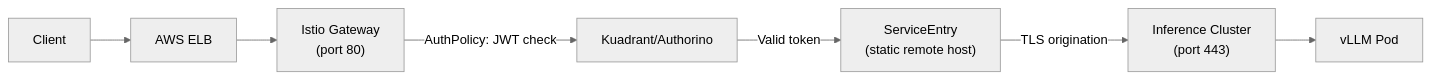
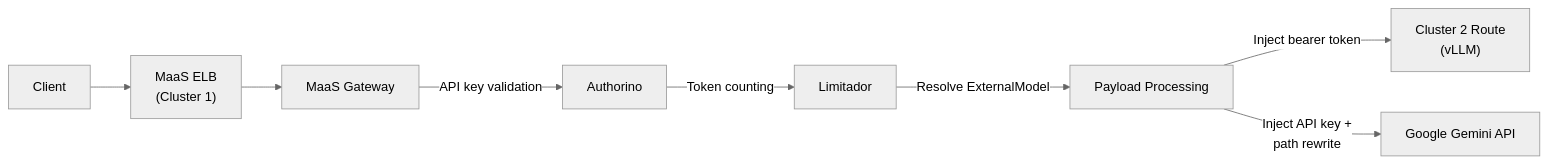
Before and after one commit to rrbanda/maas-demo: the second of 2 diagrams in docs/architecture.md, drawn with Mermaid (neutral theme). The commit also changed other lines of this file and 4 other files, not shown here.

First line of the commit message:
Align all docs with current architecture: governance on Cluster 1 (AI Bridge)

````diff
--- a/docs/architecture.md
+++ b/docs/architecture.md
@@ -180,9 +165,10 @@
 ```mermaid
 flowchart LR
-    C["Client"] --> ELB["AWS ELB"]
-    ELB --> GW["Istio Gateway<br/>(port 80)"]
-    GW -->|"AuthPolicy: JWT check"| Auth["Kuadrant/Authorino"]
-    Auth -->|"Valid token"| SE["ServiceEntry<br/>(static remote host)"]
-    SE -->|"TLS origination"| Route["Inference Cluster<br/>(port 443)"]
-    Route --> Model["vLLM Pod"]
+    C["Client"] --> ELB["MaaS ELB<br/>(Cluster 1)"]
+    ELB --> GW["MaaS Gateway"]
+    GW -->|"API key validation"| Auth["Authorino"]
+    Auth -->|"Token counting"| Lim["Limitador"]
+    Lim -->|"Resolve ExternalModel"| PP["Payload Processing"]
+    PP -->|"Inject bearer token"| Route["Cluster 2 Route<br/>(vLLM)"]
+    PP -->|"Inject API key +<br/>path rewrite"| Gemini["Google Gemini API"]
 ```
````
